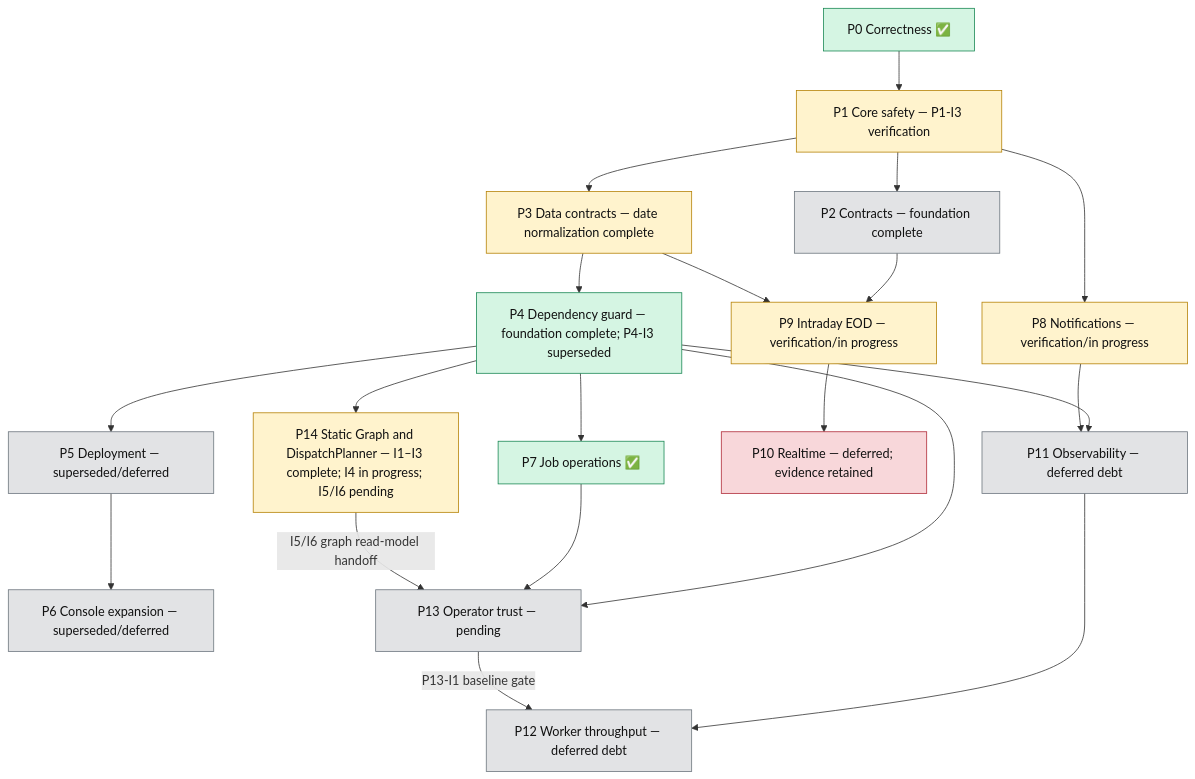
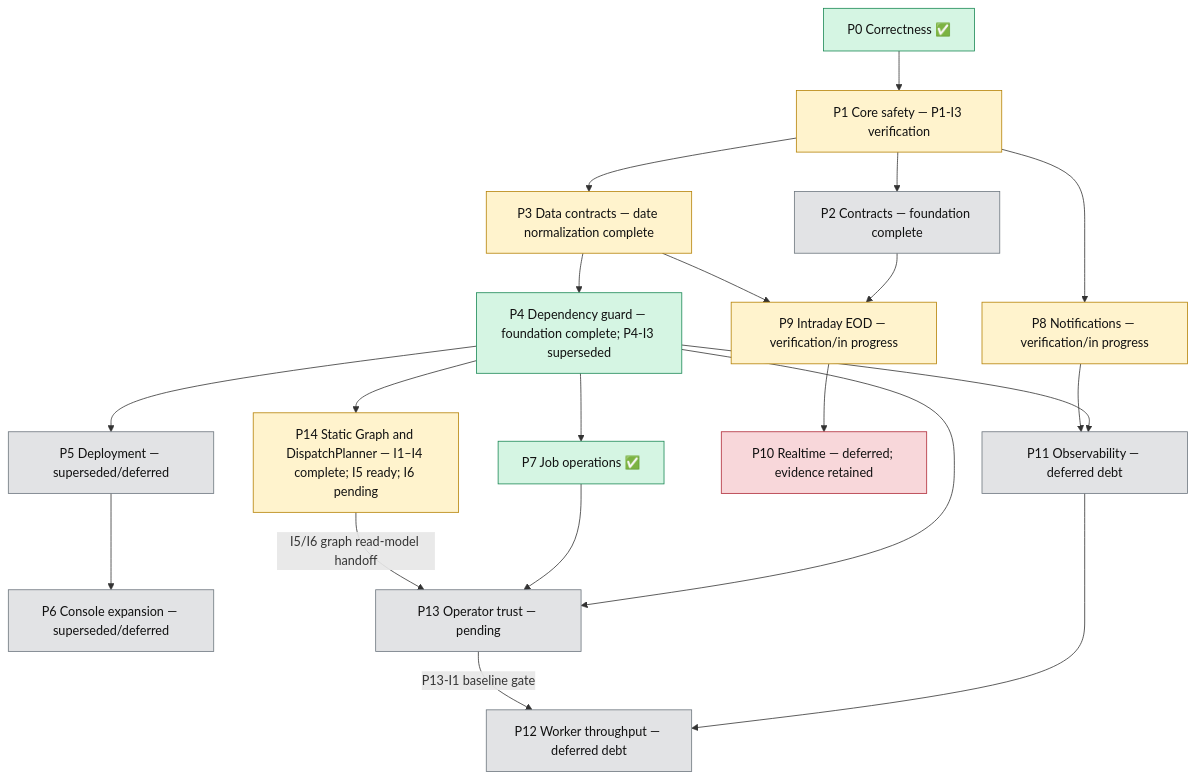
The diagram in docs/plans/roadmap/roadmap.md (tanlocit9/omni), drawn with Mermaid before and after one commit. The commit also changed other lines of this file and 31 other files, not shown here.

Commit message:
feat(scheduler): complete guarded JobRun dispatch (P14-I4)

````diff
--- a/docs/plans/roadmap/roadmap.md
+++ b/docs/plans/roadmap/roadmap.md
@@ -7,31 +7,31 @@
 ```mermaid
 flowchart TD
     P0["P0 Correctness ✅"] --> P1["P1 Core safety — P1-I3 verification"]
     P1 --> P2["P2 Contracts — foundation complete"]
     P1 --> P3["P3 Data contracts — date normalization complete"]
     P3 --> P4["P4 Dependency guard — foundation complete; P4-I3 superseded"]
-    P4 --> P14["P14 Static Graph and DispatchPlanner — I1–I3 complete; I4 in progress; I5/I6 pending"]
+    P4 --> P14["P14 Static Graph and DispatchPlanner — I1–I4 complete; I5 ready; I6 pending"]
     P4 --> P5["P5 Deployment — superseded/deferred"]
     P5 --> P6["P6 Console expansion — superseded/deferred"]
     P4 --> P7["P7 Job operations ✅"]
     P1 --> P8["P8 Notifications — verification/in progress"]
     P2 --> P9["P9 Intraday EOD — verification/in progress"]
     P3 --> P9
     P9 --> P10["P10 Realtime — deferred; evidence retained"]
     P4 --> P11["P11 Observability — deferred debt"]
     P8 --> P11
     P4 --> P13["P13 Operator trust — pending"]
     P7 --> P13
     P14 -->|"I5/I6 graph read-model handoff"| P13
     P11 --> P12["P12 Worker throughput — deferred debt"]
     P13 -->|"P13-I1 baseline gate"| P12
 
     classDef done fill:#d5f5e3,stroke:#198754,color:#111;
     classDef active fill:#fff3cd,stroke:#b58105,color:#111;
     classDef pending fill:#e2e3e5,stroke:#6c757d,color:#111;
     classDef blocked fill:#f8d7da,stroke:#b02a37,color:#111;
     class P0,P4,P7 done;
     class P1,P3,P8,P9,P14 active;
     class P2,P5,P6,P11,P12,P13 pending;
     class P10 blocked;
 ```
````
